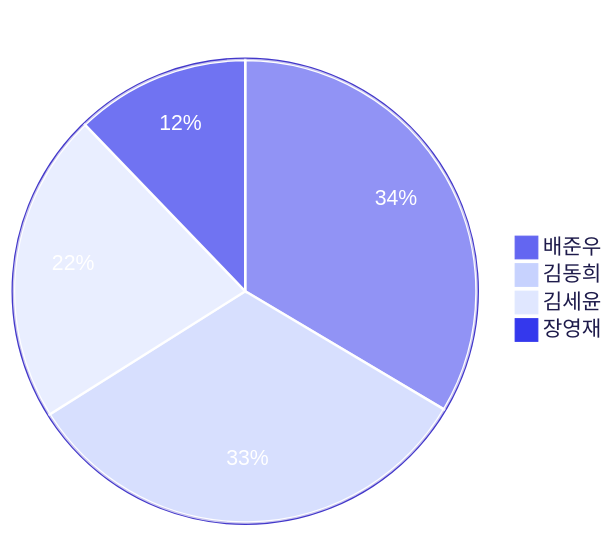
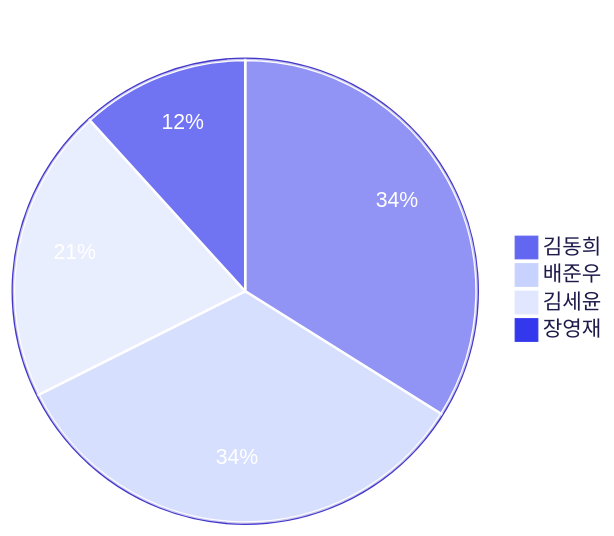
Before and after one commit to 3rd-project-team-1/ALYAC-market-team1: the third of 4 diagrams in README.md, drawn with Mermaid. The commit also changed other lines of this file, not shown here.

Commit message:
docs: 커밋 활동 차트 자동 업데이트 [skip ci]

````diff
--- a/README.md
+++ b/README.md
@@ -430,17 +430,17 @@
 ```mermaid
 %%{init: { 'theme': 'base', 'themeVariables': {
   'primaryColor': '#6366f1',
   'primaryTextColor': '#ffffff',
   'primaryBorderColor': '#4338ca',
   'secondaryColor': '#c7d2fe',
   'tertiaryColor': '#e0e7ff',
   'pieLegendTextColor': '#1e1b4b',
   'pieStrokeColor': '#ffffff',
   'pieOuterStrokeColor': '#4338ca'
 } } }%%
 pie title 기여자별 커밋 수
-  "배준우" : 165
-  "김동희" : 160
-  "김세윤" : 107
-  "장영재" : 60
+  "김동희" : 179
+  "배준우" : 178
+  "김세윤" : 109
+  "장영재" : 62
 ```
````
